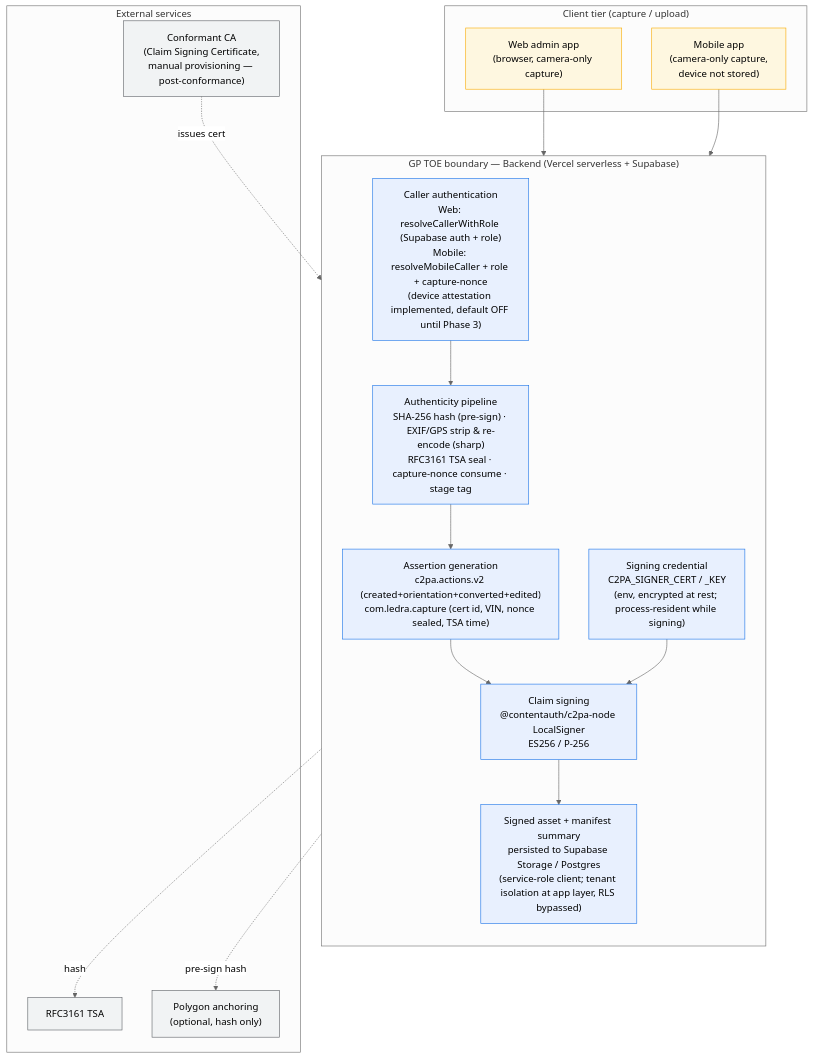
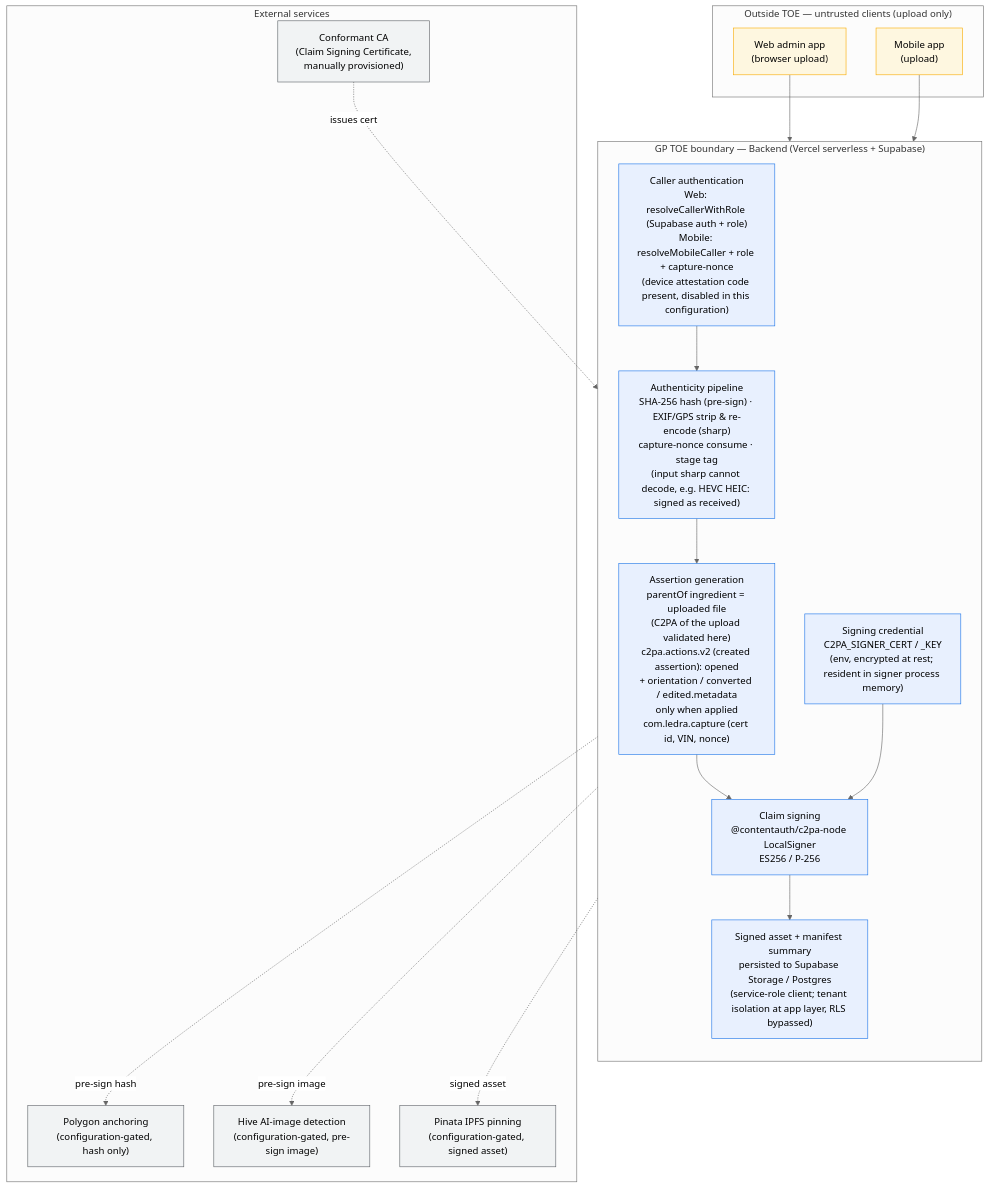
The diagram in docs/diagrams/c2pa-gp-toe.mmd (holy-auto/Ledra), drawn with Mermaid (neutral theme) before and after one commit. The commit also changed 48 other files, not shown here.

First line of the commit message:
fix(c2pa): Conformance 不適合の是正（c2pa.opened＋原本 ingredient、ルーブリック、TLS 1.3）と証拠一式 (#1173)

```diff
--- a/docs/diagrams/c2pa-gp-toe.mmd
+++ b/docs/diagrams/c2pa-gp-toe.mmd
@@ -1,40 +1,42 @@
 %% Ledra Generator Product — Target of Evaluation (TOE), Backend class, Assurance Level 1
 %% TOE boundary: from asset capture/upload through claim signing to persistence of the signed asset.
 flowchart TB
-    subgraph CLIENT["Client tier (capture / upload)"]
-        WEB["Web admin app<br/>(browser, camera-only capture)"]
-        MOB["Mobile app<br/>(camera-only capture,<br/>device not stored)"]
+    subgraph CLIENT["Outside TOE — untrusted clients (upload only)"]
+        WEB["Web admin app<br/>(browser upload)"]
+        MOB["Mobile app<br/>(upload)"]
     end
 
     subgraph TOE["GP TOE boundary — Backend (Vercel serverless + Supabase)"]
         direction TB
-        AUTH["Caller authentication<br/>Web: resolveCallerWithRole (Supabase auth + role)<br/>Mobile: resolveMobileCaller + role + capture-nonce<br/>(device attestation implemented, default OFF until Phase 3)"]
-        PIPE["Authenticity pipeline<br/>SHA-256 hash (pre-sign) · EXIF/GPS strip &amp; re-encode (sharp)<br/>RFC3161 TSA seal · capture-nonce consume · stage tag"]
-        ASSERT["Assertion generation<br/>c2pa.actions.v2 (created+orientation+converted+edited)<br/>com.ledra.capture (cert id, VIN, nonce sealed, TSA time)"]
+        AUTH["Caller authentication<br/>Web: resolveCallerWithRole (Supabase auth + role)<br/>Mobile: resolveMobileCaller + role + capture-nonce<br/>(device attestation code present, disabled in this configuration)"]
+        PIPE["Authenticity pipeline<br/>SHA-256 hash (pre-sign) · EXIF/GPS strip &amp; re-encode (sharp)<br/>capture-nonce consume · stage tag<br/>(input sharp cannot decode, e.g. HEVC HEIC: signed as received)"]
+        ASSERT["Assertion generation<br/>parentOf ingredient = uploaded file<br/>(C2PA of the upload validated here)<br/>c2pa.actions.v2 (created assertion): opened<br/>+ orientation / converted / edited.metadata<br/>only when applied<br/>com.ledra.capture (cert id, VIN, nonce)"]
         SIGN["Claim signing<br/>@contentauth/c2pa-node LocalSigner<br/>ES256 / P-256"]
-        KEY["Signing credential<br/>C2PA_SIGNER_CERT / _KEY<br/>(env, encrypted at rest; process-resident while signing)"]
+        KEY["Signing credential<br/>C2PA_SIGNER_CERT / _KEY<br/>(env, encrypted at rest; resident in signer process memory)"]
         STORE["Signed asset + manifest summary<br/>persisted to Supabase Storage / Postgres<br/>(service-role client; tenant isolation at app layer, RLS bypassed)"]
     end
 
     subgraph EXT["External services"]
-        CA["Conformant CA<br/>(Claim Signing Certificate,<br/>manual provisioning — post-conformance)"]
-        TSA["RFC3161 TSA"]
-        CHAIN["Polygon anchoring<br/>(optional, hash only)"]
+        CA["Conformant CA<br/>(Claim Signing Certificate,<br/>manually provisioned)"]
+        CHAIN["Polygon anchoring<br/>(configuration-gated, hash only)"]
+        HIVE["Hive AI-image detection<br/>(configuration-gated, pre-sign image)"]
+        IPFS["Pinata IPFS pinning<br/>(configuration-gated, signed asset)"]
     end
 
     WEB --> AUTH
     MOB --> AUTH
     AUTH --> PIPE --> ASSERT --> SIGN --> STORE
     KEY --> SIGN
     CA -. issues cert .-> KEY
-    PIPE -. hash .-> TSA
     %% Polygon anchors the PRE-SIGN pipeline hash (SHA-256 of the stripped buffer),
     %% not the stored signed bytes — embedding the manifest changes the bytes.
     PIPE -. pre-sign hash .-> CHAIN
+    PIPE -. pre-sign image .-> HIVE
+    SIGN -. signed asset .-> IPFS
 
     classDef toe fill:#e8f0fe,stroke:#1a73e8,stroke-width:1px;
     classDef ext fill:#f1f3f4,stroke:#5f6368,stroke-width:1px;
     classDef cli fill:#fef7e0,stroke:#f9ab00,stroke-width:1px;
     class AUTH,PIPE,ASSERT,SIGN,KEY,STORE toe;
-    class CA,TSA,CHAIN ext;
+    class CA,CHAIN,HIVE,IPFS ext;
     class WEB,MOB cli;
```
